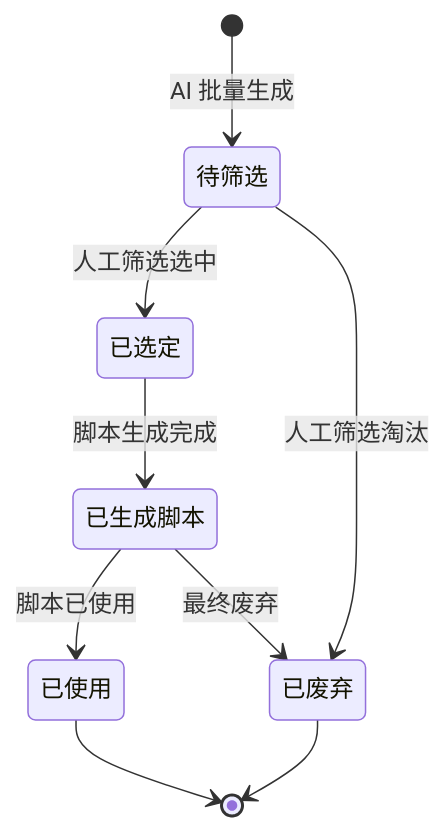
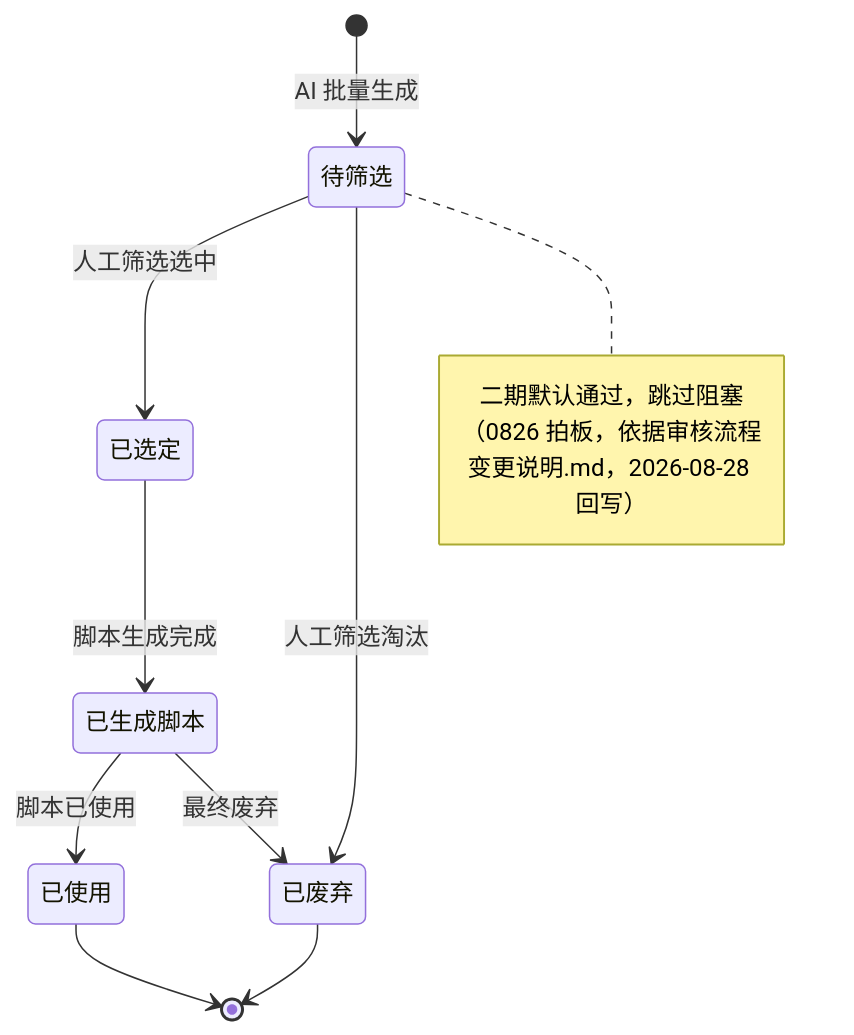
Before and after one commit to lophyJessica/forge-scrm: the second of 4 diagrams in context/04-业务规则与状态机.md, drawn with Mermaid. The commit also changed other lines of this file and 3 other files, not shown here.

````diff
--- a/context/04-业务规则与状态机.md
+++ b/context/04-业务规则与状态机.md
@@ -29,11 +30,12 @@
 ```mermaid
 stateDiagram-v2
     [*] --> 待筛选: AI 批量生成
     待筛选 --> 已选定: 人工筛选选中
     待筛选 --> 已废弃: 人工筛选淘汰
+    note right of 待筛选: 二期默认通过，跳过阻塞（0826 拍板，依据审核流程变更说明.md，2026-08-28 回写）
     已选定 --> 已生成脚本: 脚本生成完成
     已生成脚本 --> 已使用: 脚本已使用
     已生成脚本 --> 已废弃: 最终废弃
     已使用 --> [*]
     已废弃 --> [*]
 ```
````
